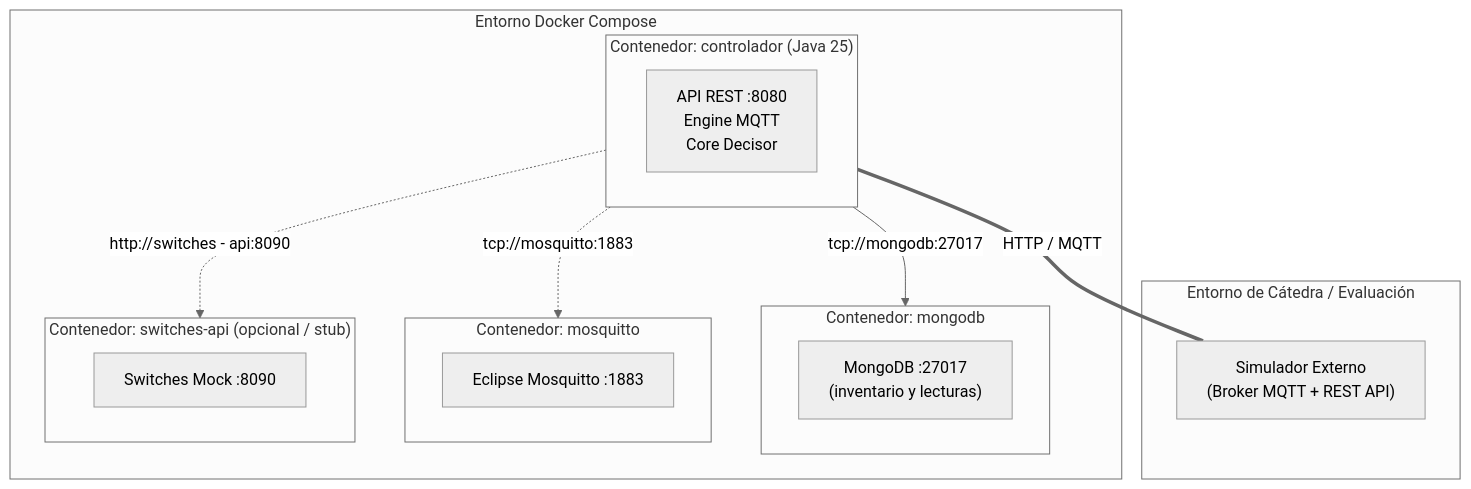
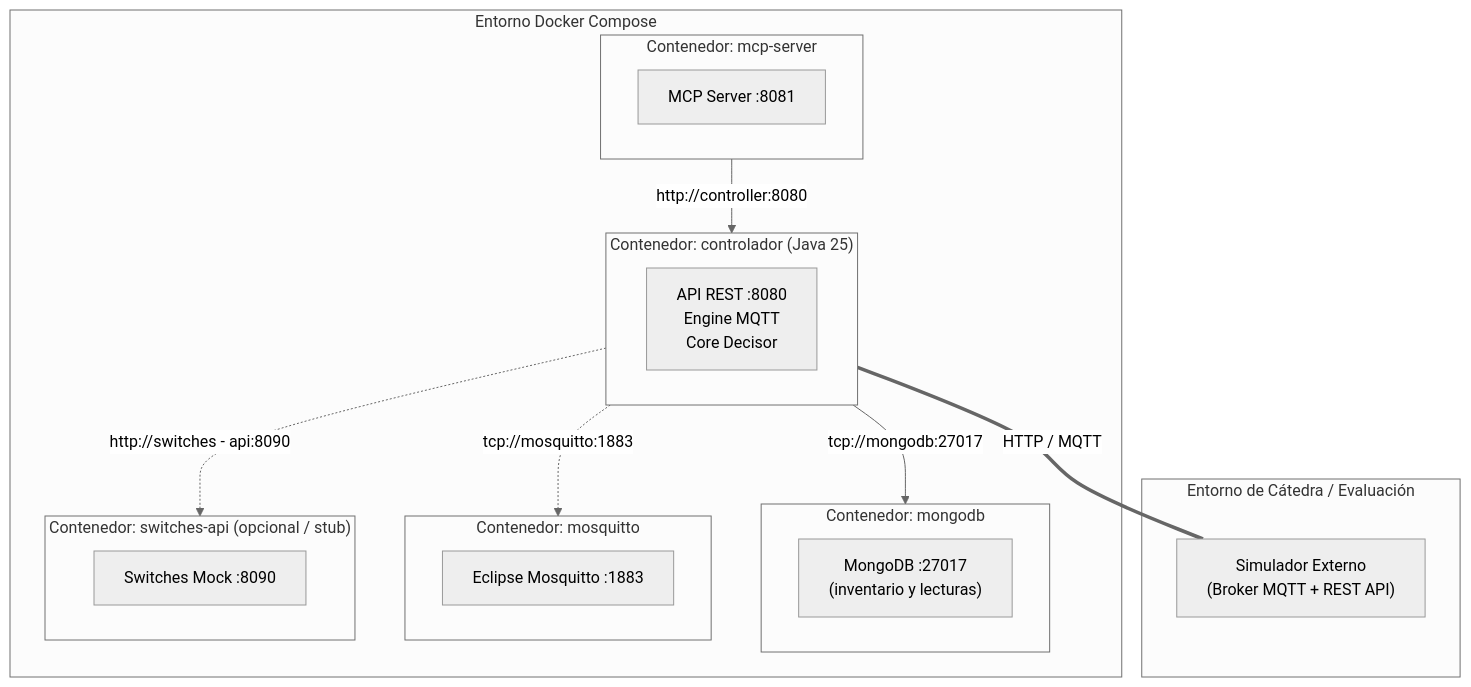
The fifth of 6 diagrams in docs/arquitectura/4mas1.md (walterlarrea/IISS-2026-grupo-2), drawn with Mermaid (neutral theme) before and after one commit. The commit also changed other lines of this file and 8 other files, not shown here.

````diff
--- a/docs/arquitectura/4mas1.md
+++ b/docs/arquitectura/4mas1.md
@@ -247,29 +264,34 @@
 ```mermaid
 graph TB
     subgraph Host ["Entorno Docker Compose"]
         subgraph C_Controlador ["Contenedor: controlador (Java 25)"]
             SpringApp["API REST :8080<br/>Engine MQTT<br/>Core Decisor"]
         end
 
         subgraph C_Mongo ["Contenedor: mongodb"]
             MongoEngine["MongoDB :27017<br/>(inventario y lecturas)"]
         end
 
         subgraph C_Broker ["Contenedor: mosquitto"]
             Mosquitto["Eclipse Mosquitto :1883"]
         end
 
         subgraph C_Switches ["Contenedor: switches-api (opcional / stub)"]
             SwitchStub["Switches Mock :8090"]
         end
+
+        subgraph C_Mcp ["Contenedor: mcp-server"]
+            McpSrv["MCP Server :8081"]
+        end
     end
 
     subgraph Externo ["Entorno de Cátedra / Evaluación"]
         SimuladorExt["Simulador Externo<br/>(Broker MQTT + REST API)"]
     end
 
     C_Controlador -->|tcp://mongodb:27017| C_Mongo
     C_Controlador -.->|tcp://mosquitto:1883| C_Broker
     C_Controlador -.->|http://switches - api:8090| C_Switches
     C_Controlador ===|HTTP / MQTT| SimuladorExt
+    C_Mcp -->|http://controller:8080| C_Controlador
 ```
````
